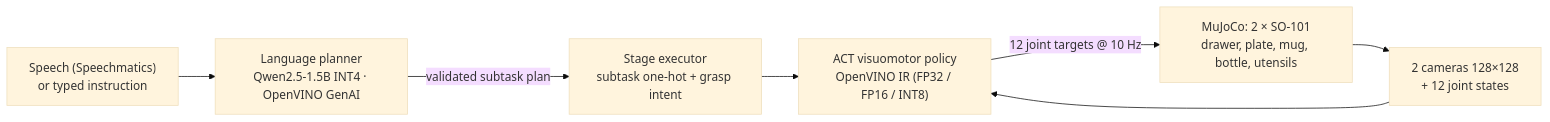
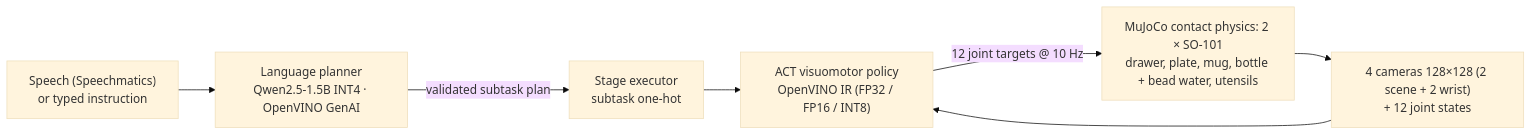
Before and after one commit to suzyeth/table-for-two: the diagram in README.md, drawn with Mermaid (base theme). The commit also changed other lines of this file and 4 other files, not shown here.

First line of the commit message:
docs: describe contact-only grasping, 4 cameras and the new plan

````diff
--- a/README.md
+++ b/README.md
@@ -15,9 +21,9 @@
 ```mermaid
 flowchart LR
     V["Speech (Speechmatics)<br/>or typed instruction"] --> P
     P["Language planner<br/>Qwen2.5-1.5B INT4 · OpenVINO GenAI"] -->|"validated subtask plan"| E
-    E["Stage executor<br/>subtask one-hot + grasp intent"] --> A
-    C["2 cameras 128×128<br/>+ 12 joint states"] --> A
+    E["Stage executor<br/>subtask one-hot"] --> A
+    C["4 cameras 128×128 (2 scene + 2 wrist)<br/>+ 12 joint states"] --> A
     A["ACT visuomotor policy<br/>OpenVINO IR (FP32 / FP16 / INT8)"] -->|"12 joint targets @ 10 Hz"| S
-    S["MuJoCo: 2 × SO-101<br/>drawer, plate, mug, bottle, utensils"] --> C
+    S["MuJoCo contact physics: 2 × SO-101<br/>drawer, plate, mug, bottle + bead water, utensils"] --> C
 ```
````
